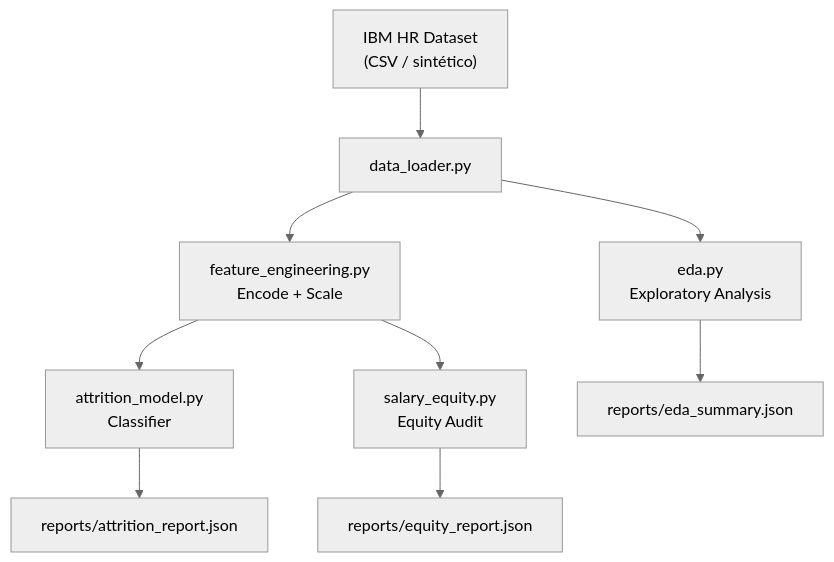
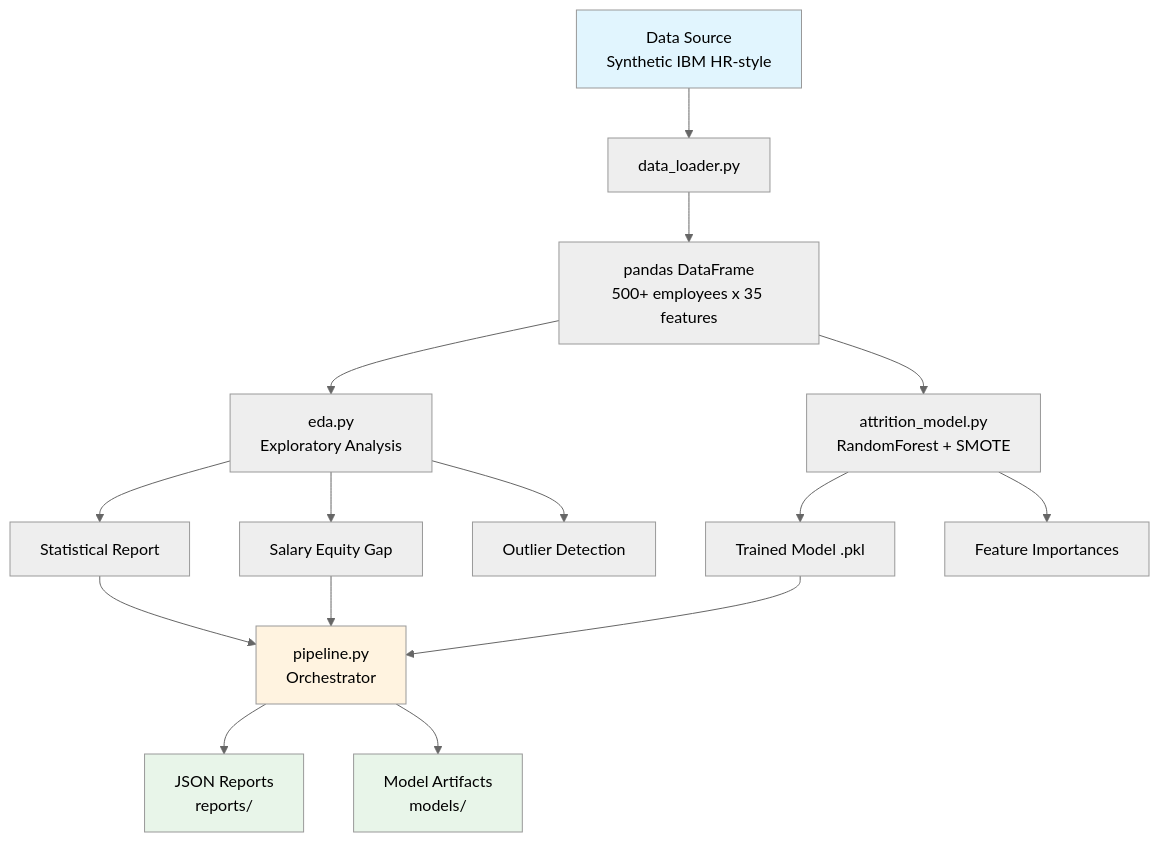
One commit to galafis/pandas-data-analysis-hr changed the first of 2 diagrams in README.md. Above: the diagram before and after it, drawn with Mermaid (neutral theme). The commit also changed other lines of this file, not shown here.

Commit message:
docs(readme): comprehensive bilingual README with Mermaid, API ref, examples

````diff
--- a/README.md
+++ b/README.md
@@ -27,11 +33,20 @@
 ```mermaid
-flowchart TD
-    A["IBM HR Dataset\n(CSV / sintético)"] --> B[data_loader.py]
-    B --> C[eda.py\nExploratory Analysis]
-    B --> D[feature_engineering.py\nEncode + Scale]
-    D --> E[attrition_model.py\nClassifier]
-    D --> F[salary_equity.py\nEquity Audit]
-    E --> G[reports/attrition_report.json]
-    F --> H[reports/equity_report.json]
-    C --> I[reports/eda_summary.json]
+graph TD
+    A[Data Source<br>Synthetic IBM HR-style] --> B[data_loader.py]
+    B --> C[pandas DataFrame<br>500+ employees x 35 features]
+    C --> D[eda.py<br>Exploratory Analysis]
+    C --> E[attrition_model.py<br>RandomForest + SMOTE]
+    D --> F[Statistical Report]
+    D --> G[Salary Equity Gap]
+    D --> H[Outlier Detection]
+    E --> I[Trained Model .pkl]
+    E --> J[Feature Importances]
+    F & G & I --> K[pipeline.py<br>Orchestrator]
+    K --> L[JSON Reports<br>reports/]
+    K --> M[Model Artifacts<br>models/]
+
+    style A fill:#e1f5fe
+    style K fill:#fff3e0
+    style L fill:#e8f5e9
+    style M fill:#e8f5e9
 ```
````
